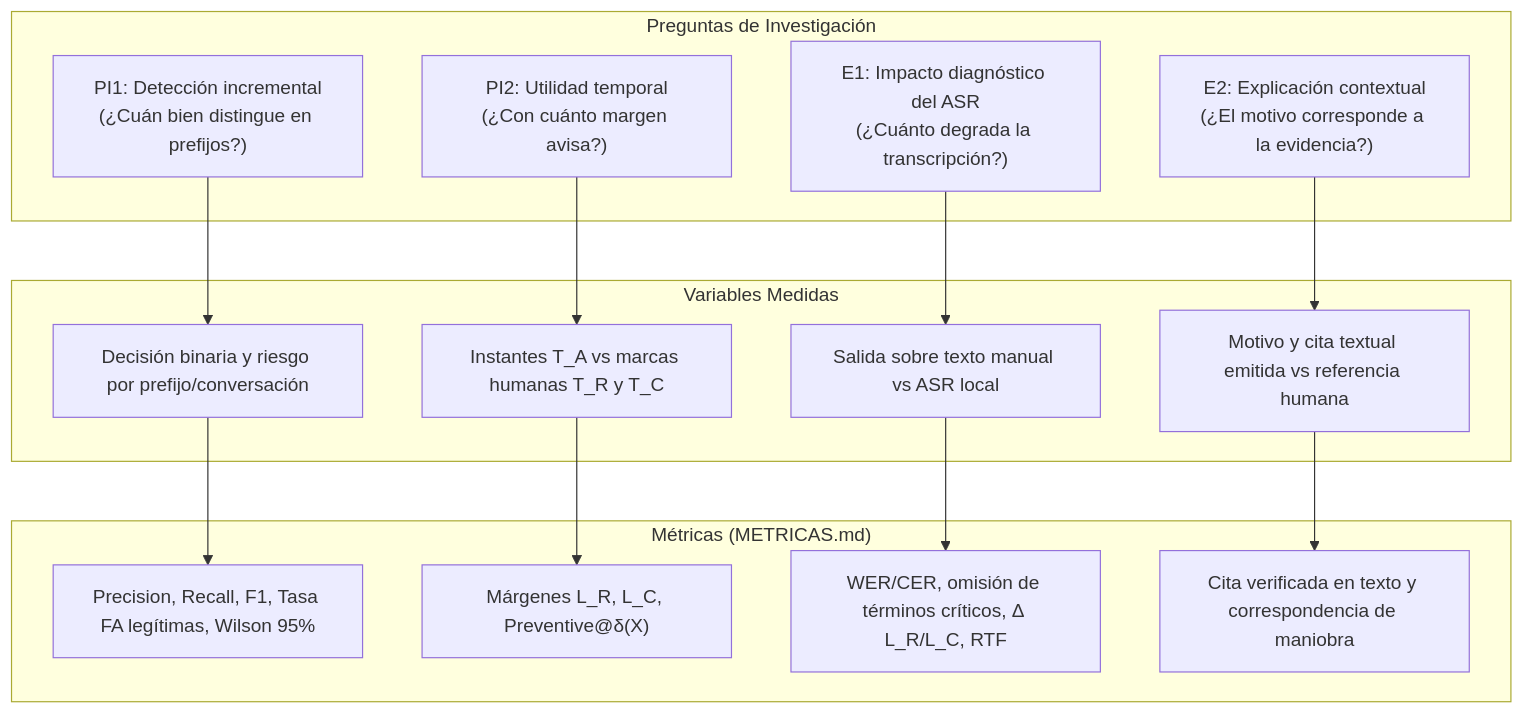
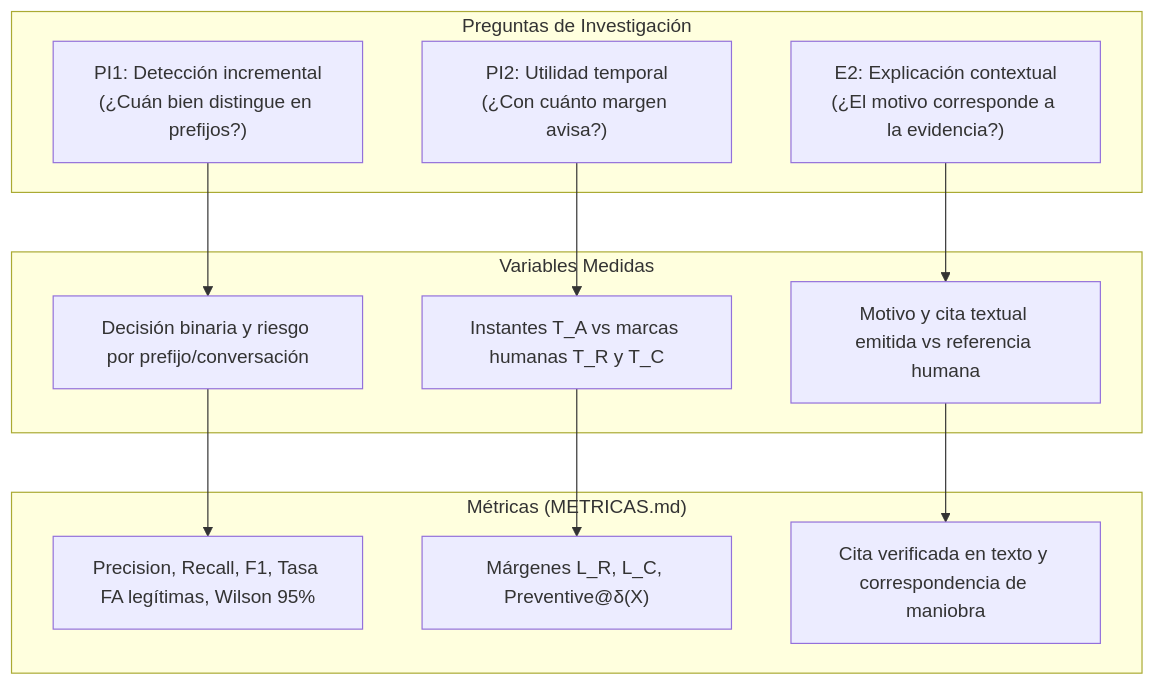
Before and after one commit to Corchets/bitacora_tesis: the first of 5 diagrams in docs/evaluacion/PROTOCOLO-EXPERIMENTAL.md, drawn with Mermaid. The commit also changed other lines of this file and 14 other files, not shown here.

````diff
--- a/docs/evaluacion/PROTOCOLO-EXPERIMENTAL.md
+++ b/docs/evaluacion/PROTOCOLO-EXPERIMENTAL.md
@@ -19,28 +19,24 @@
 ```mermaid
 flowchart TD
     subgraph Preguntas["Preguntas de Investigación"]
         PI1["PI1: Detección incremental<br/>(¿Cuán bien distingue en prefijos?)"]
         PI2["PI2: Utilidad temporal<br/>(¿Con cuánto margen avisa?)"]
-        E1["E1: Impacto diagnóstico del ASR<br/>(¿Cuánto degrada la transcripción?)"]
         E2["E2: Explicación contextual<br/>(¿El motivo corresponde a la evidencia?)"]
     end
 
     subgraph Variables["Variables Medidas"]
         V1["Decisión binaria y riesgo por prefijo/conversación"]
         V2["Instantes T_A vs marcas humanas T_R y T_C"]
-        V3["Salida sobre texto manual vs ASR local"]
         V4["Motivo y cita textual emitida vs referencia humana"]
     end
 
     subgraph Metricas["Métricas (METRICAS.md)"]
         M1["Precision, Recall, F1, Tasa FA legítimas, Wilson 95%"]
         M2["Márgenes L_R, L_C, Preventive@δ(X)"]
-        M3["WER/CER, omisión de términos críticos, Δ L_R/L_C, RTF"]
         M4["Cita verificada en texto y correspondencia de maniobra"]
     end
 
     PI1 --> V1 --> M1
     PI2 --> V2 --> M2
-    E1 --> V3 --> M3
     E2 --> V4 --> M4
 ```
````
